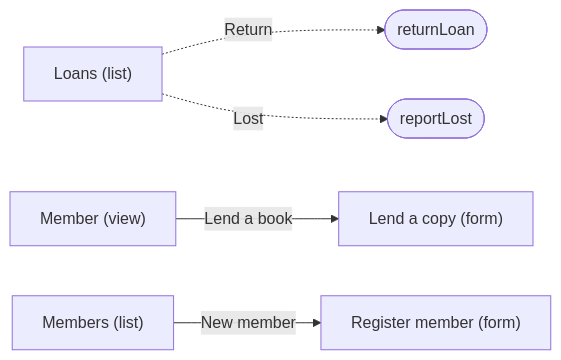
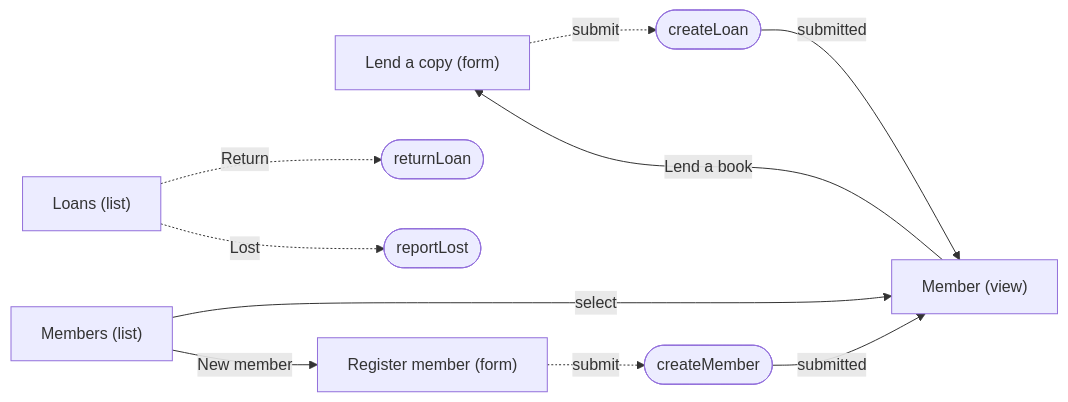
One commit to SpecArch/specarch changed diagram 11 of 11 in examples/library-lending/docs/techspec.md. Above: the diagram before and after it, drawn with Mermaid. The commit also changed 25 other files, not shown here.

````diff
--- a/examples/library-lending/docs/techspec.md
+++ b/examples/library-lending/docs/techspec.md
@@ -644,14 +644,21 @@
 ```mermaid
 flowchart LR
   loan_form["Lend a copy (form)"]
   loans_list["Loans (list)"]
   member_form["Register member (form)"]
   member_view["Member (view)"]
   members_list["Members (list)"]
+  op_createLoan(["createLoan"])
+  loan_form -.->|"submit"| op_createLoan
+  op_createLoan -->|"submitted"| member_view
   op_returnLoan(["returnLoan"])
   loans_list -.->|"Return"| op_returnLoan
   op_reportLost(["reportLost"])
   loans_list -.->|"Lost"| op_reportLost
+  op_createMember(["createMember"])
+  member_form -.->|"submit"| op_createMember
+  op_createMember -->|"submitted"| member_view
   member_view -->|"Lend a book"| loan_form
+  members_list -->|"select"| member_view
   members_list -->|"New member"| member_form
 ```
````
